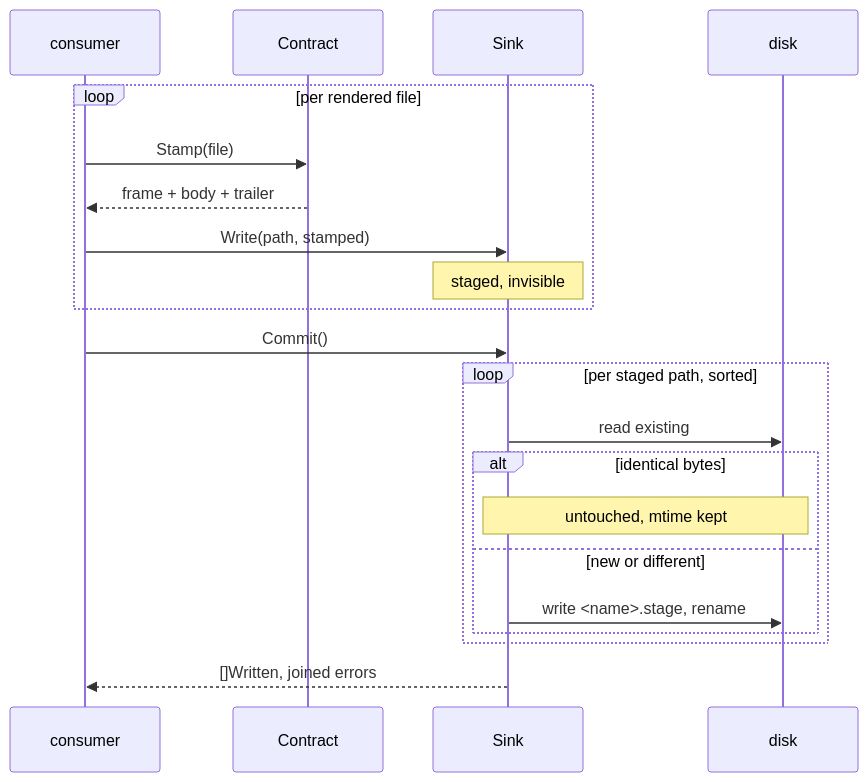
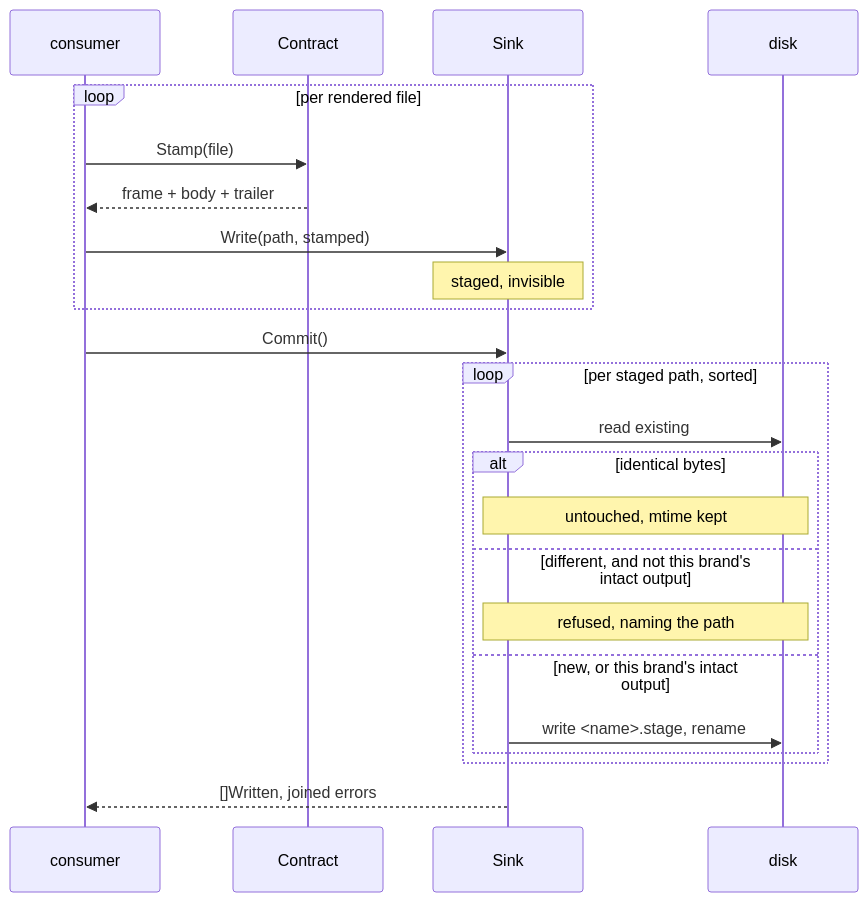
One commit to dokimasia/eidos changed the diagram in docs/rfc/0010-output-contract.md. Above: the diagram before and after it, drawn with Mermaid. The commit also changed other lines of this file and 8 other files, not shown here.

````diff
--- a/docs/rfc/0010-output-contract.md
+++ b/docs/rfc/0010-output-contract.md
@@ -316,24 +324,26 @@
 ```mermaid
 sequenceDiagram
     participant T as consumer
     participant C as Contract
     participant S as Sink
     participant D as disk
 
     loop per rendered file
         T->>C: Stamp(file)
         C-->>T: frame + body + trailer
         T->>S: Write(path, stamped)
         Note over S: staged, invisible
     end
     T->>S: Commit()
     loop per staged path, sorted
         S->>D: read existing
         alt identical bytes
             Note over S,D: untouched, mtime kept
-        else new or different
+        else different, and not this brand's intact output
+            Note over S,D: refused, naming the path
+        else new, or this brand's intact output
             S->>D: write <name>.stage, rename
         end
     end
     S-->>T: []Written, joined errors
 ```
````
